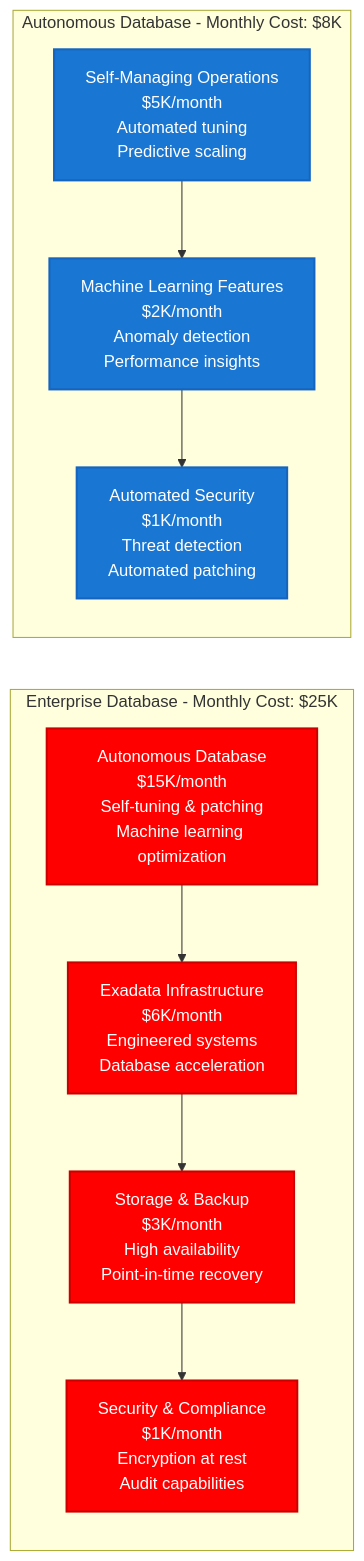
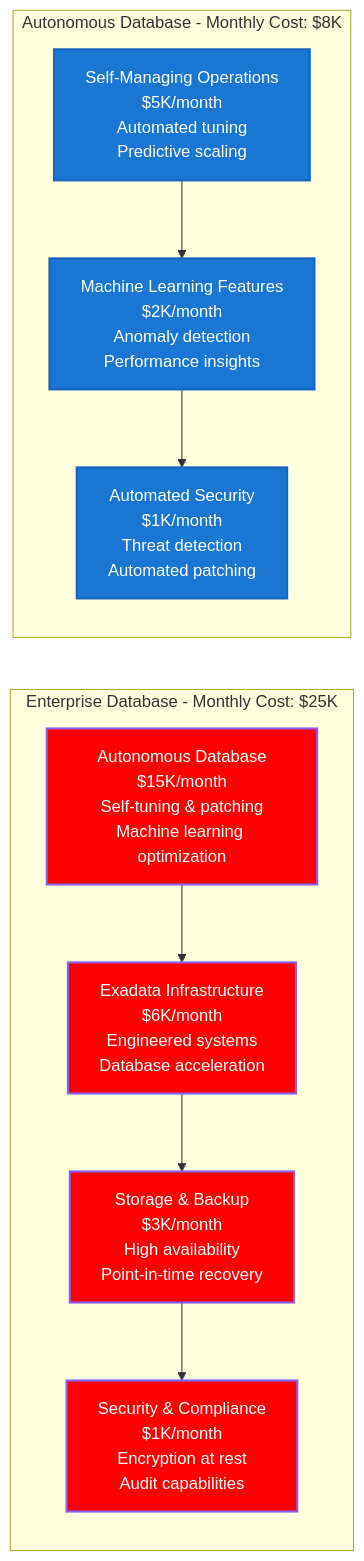
Before and after one commit to deepaucksharma/DS: the second of 10 diagrams in site/docs/costs/oracle-cloud-infrastructure-breakdown.md, drawn with Mermaid. The commit also changed other lines of this file and 187 other files, not shown here.

````diff
--- a/site/docs/costs/oracle-cloud-infrastructure-breakdown.md
+++ b/site/docs/costs/oracle-cloud-infrastructure-breakdown.md
@@ -75,24 +75,24 @@
 ```mermaid
 graph LR
     subgraph Enterprise_Database____Monthly_Cost_25K[Enterprise Database - Monthly Cost: $25K]
         A[Autonomous Database<br/>$15K/month<br/>Self-tuning & patching<br/>Machine learning optimization]
         B[Exadata Infrastructure<br/>$6K/month<br/>Engineered systems<br/>Database acceleration]
         C[Storage & Backup<br/>$3K/month<br/>High availability<br/>Point-in-time recovery]
         D[Security & Compliance<br/>$1K/month<br/>Encryption at rest<br/>Audit capabilities]
     end
 
     subgraph Autonomous_Database____Monthly_Cost_8K[Autonomous Database - Monthly Cost: $8K]
         E[Self-Managing Operations<br/>$5K/month<br/>Automated tuning<br/>Predictive scaling]
         F[Machine Learning Features<br/>$2K/month<br/>Anomaly detection<br/>Performance insights]
         G[Automated Security<br/>$1K/month<br/>Threat detection<br/>Automated patching]
     end
 
     A --> B --> C --> D
     E --> F --> G
 
-    classDef enterpriseStyle fill:#FF0000,stroke:#CC0000,color:#fff,stroke-width:2px
+    classDef enterpriseStyle fill:#FF0000,stroke:#8B5CF6,color:#fff,stroke-width:2px
     classDef autonomousStyle fill:#1976D2,stroke:#1565C0,color:#fff,stroke-width:2px
 
     class A,B,C,D enterpriseStyle
     class E,F,G autonomousStyle
 ```
````
